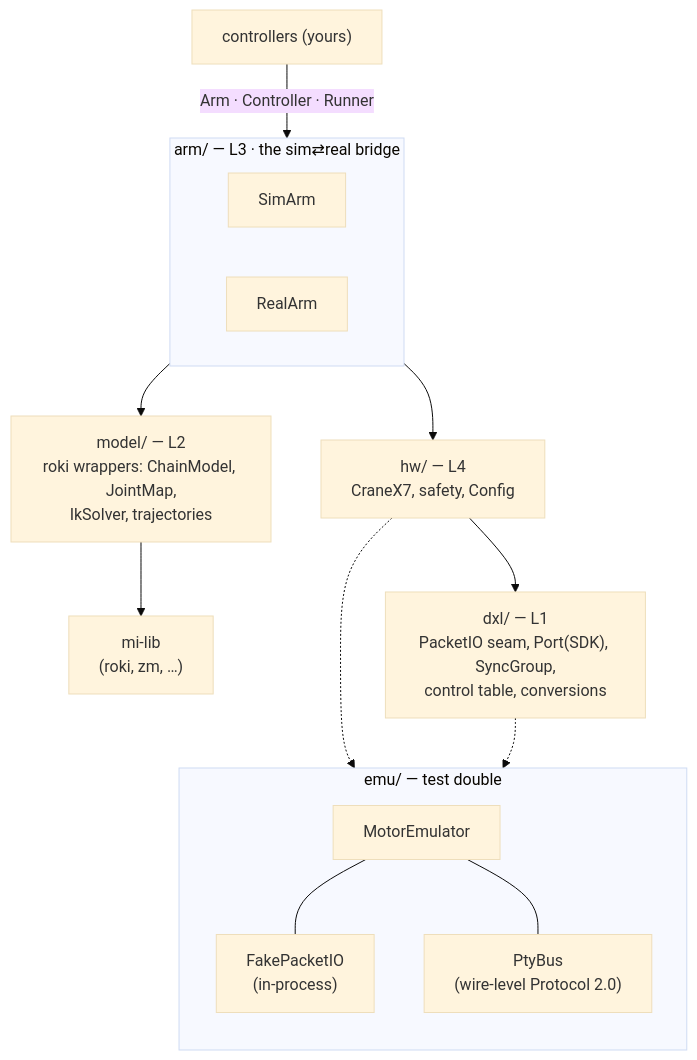
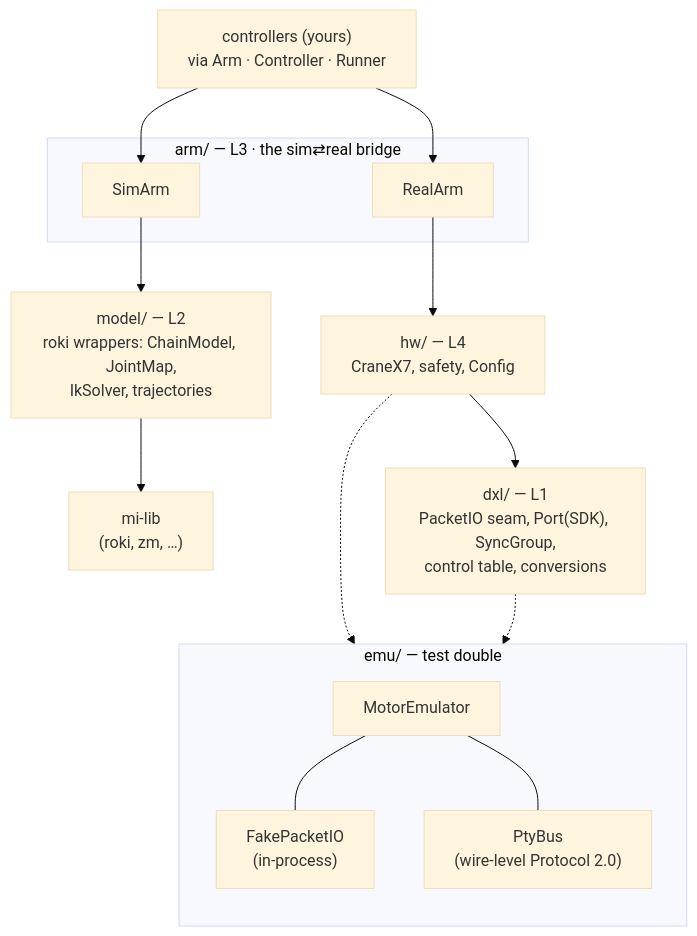
Before and after one commit to hrshtst/rtctrl: the diagram in docs/guide/architecture.md, drawn with Mermaid (base theme).

Commit message:
docs: place SimArm and RealArm side by side in the layer diagram

````diff
--- a/docs/guide/architecture.md
+++ b/docs/guide/architecture.md
@@ -5,32 +5,32 @@
 ```mermaid
 flowchart TB
-    C["controllers (yours)"]
+    C["controllers (yours)<br>via Arm · Controller · Runner"]
 
     subgraph ARM["arm/ — L3 · the sim⇄real bridge"]
-        direction LR
         SIM["SimArm"]
         REAL["RealArm"]
     end
 
     MODEL["model/ — L2<br>roki wrappers: ChainModel, JointMap,<br>IkSolver, trajectories"]
     HW["hw/ — L4<br>CraneX7, safety, Config"]
     MILIB["mi-lib<br>(roki, zm, …)"]
     DXL["dxl/ — L1<br>PacketIO seam, Port(SDK), SyncGroup,<br>control table, conversions"]
 
     subgraph EMU["emu/ — test double"]
         direction TB
         ME["MotorEmulator"]
         FAKE["FakePacketIO<br>(in-process)"]
         PTY["PtyBus<br>(wire-level Protocol 2.0)"]
         ME --- FAKE
         ME --- PTY
     end
 
-    C -- "Arm · Controller · Runner" --> ARM
+    C --> SIM
+    C --> REAL
     SIM --> MODEL
     REAL --> HW
     MODEL --> MILIB
     HW --> DXL
     HW -.-> FAKE
     DXL -.-> PTY
 ```
````
